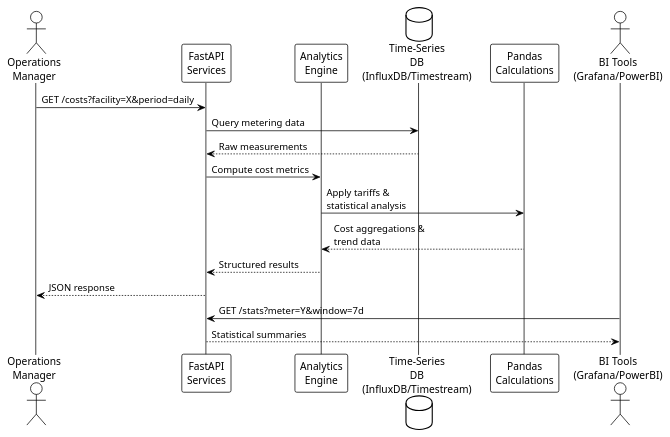
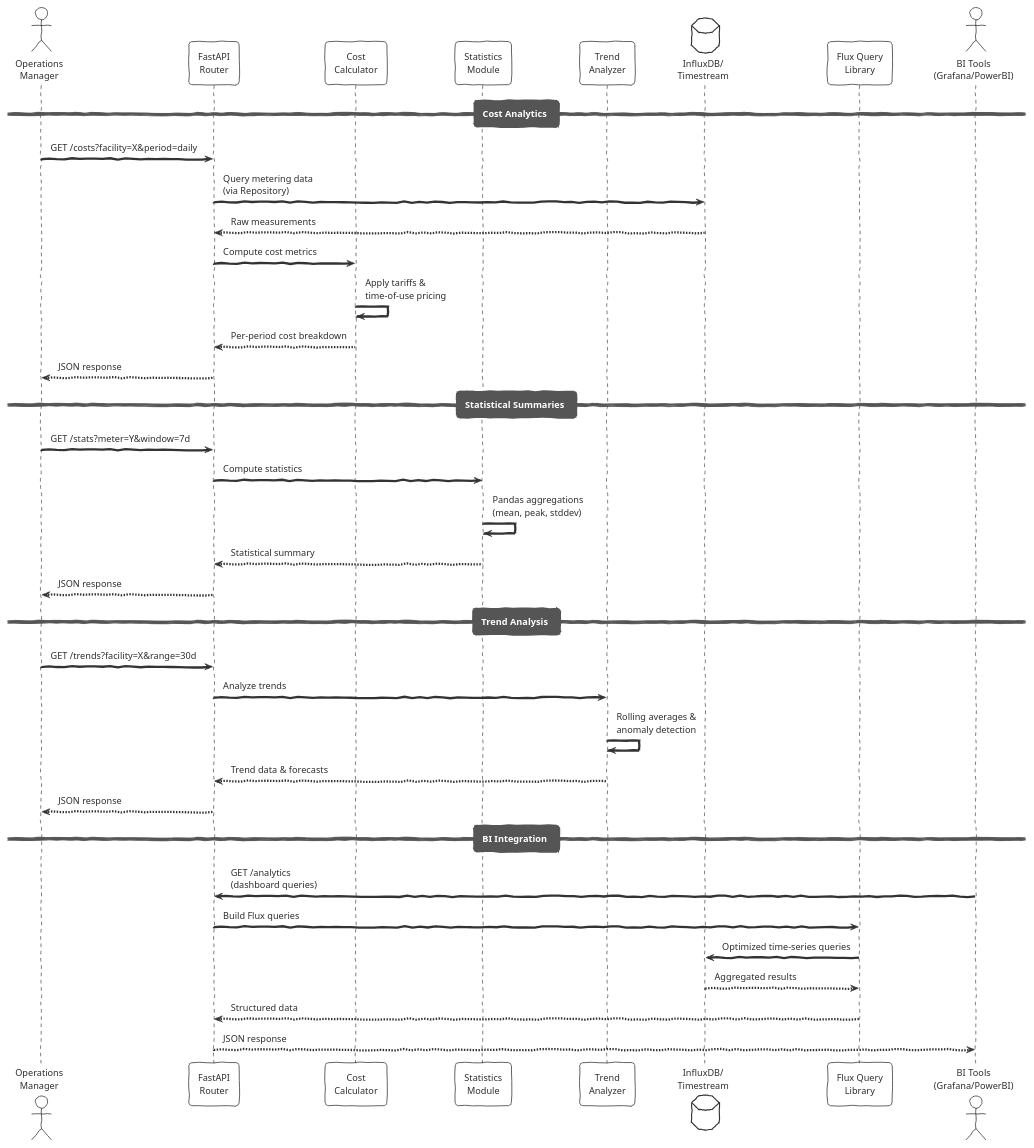
One commit to yokharian/electricity-cost-analytics changed the diagram in diagram.puml. Above: the diagram before and after it, drawn with PlantUML. The commit also changed 1 other file, not shown here.

Commit message:
docs: embed diagram in README via plantuml proxy and fix diagram syntax

```diff
--- a/diagram.puml
+++ b/diagram.puml
@@ -1,24 +1,49 @@
 @startuml Electricity Cost Analytics
-!theme plain
+!theme sketchy-outline
 skinparam componentStyle rectangle
 
 actor "Operations\nManager" as user
-participant "FastAPI\nServices" as api
-participant "Analytics\nEngine" as analytics
-database "Time-Series\nDB\n(InfluxDB/Timestream)" as tsdb
-participant "Pandas\nCalculations" as pandas
+participant "FastAPI\nRouter" as api
+participant "Cost\nCalculator" as cost
+participant "Statistics\nModule" as stats
+participant "Trend\nAnalyzer" as trend
+database "InfluxDB/\nTimestream" as tsdb
+participant "Flux Query\nLibrary" as flux
 actor "BI Tools\n(Grafana/PowerBI)" as bi
 
+== Cost Analytics ==
+
 user -> api: GET /costs?facility=X&period=daily
-api -> tsdb: Query metering data
+api -> tsdb: Query metering data\n(via Repository)
 tsdb --> api: Raw measurements
-api -> analytics: Compute cost metrics
-analytics -> pandas: Apply tariffs &\nstatistical analysis
-pandas --> analytics: Cost aggregations &\ntrend data
-analytics --> api: Structured results
+api -> cost: Compute cost metrics
+cost -> cost: Apply tariffs &\ntime-of-use pricing
+cost --> api: Per-period cost breakdown
 api --> user: JSON response
 
-bi -> api: GET /stats?meter=Y&window=7d
-api --> bi: Statistical summaries
+== Statistical Summaries ==
+
+user -> api: GET /stats?meter=Y&window=7d
+api -> stats: Compute statistics
+stats -> stats: Pandas aggregations\n(mean, peak, stddev)
+stats --> api: Statistical summary
+api --> user: JSON response
+
+== Trend Analysis ==
+
+user -> api: GET /trends?facility=X&range=30d
+api -> trend: Analyze trends
+trend -> trend: Rolling averages &\nanomaly detection
+trend --> api: Trend data & forecasts
+api --> user: JSON response
+
+== BI Integration ==
+
+bi -> api: GET /analytics\n(dashboard queries)
+api -> flux: Build Flux queries
+flux -> tsdb: Optimized time-series queries
+tsdb --> flux: Aggregated results
+flux --> api: Structured data
+api --> bi: JSON response
 
 @enduml
```
